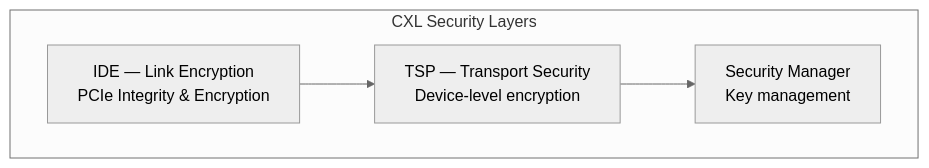
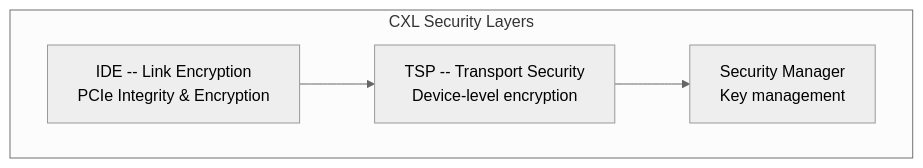
Before and after one commit to Abhinav-Kumar012/lb2: the eighth of 9 diagrams in src/kernel/memory/cxl.md, drawn with Mermaid (neutral theme). The commit also changed other lines of this file and 211 other files, not shown here.

First line of the commit message:
fix: mermaid syntax issues across 212 files

````diff
--- a/src/kernel/memory/cxl.md
+++ b/src/kernel/memory/cxl.md
@@ -335,11 +335,11 @@
 ```mermaid
 graph TB
     subgraph "CXL Security Layers"
-        IDE["IDE — Link Encryption<br/>PCIe Integrity & Encryption"]
-        TSP["TSP — Transport Security<br/>Device-level encryption"]
-        SEC["Security Manager<br/>Key management"]
+        IDE["IDE -- Link Encryption<br>PCIe Integrity &amp; Encryption"]
+        TSP["TSP -- Transport Security<br>Device-level encryption"]
+        SEC["Security Manager<br>Key management"]
     end
 
     IDE --> TSP
     TSP --> SEC
 ```
````
